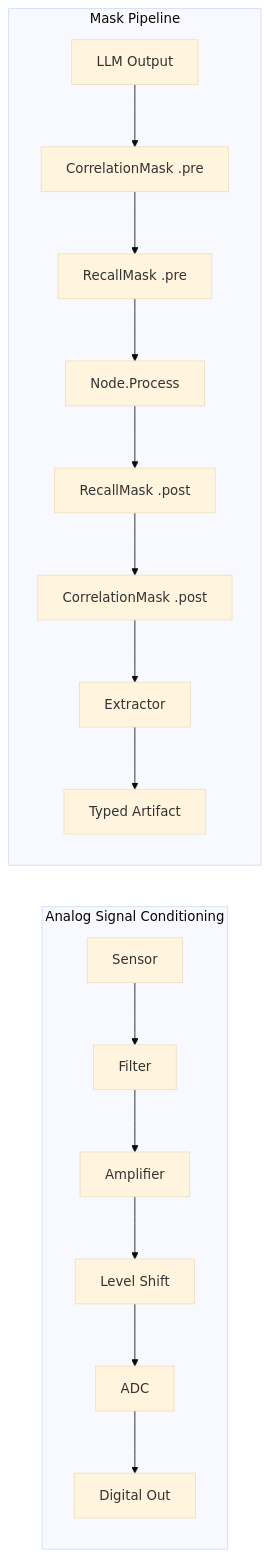
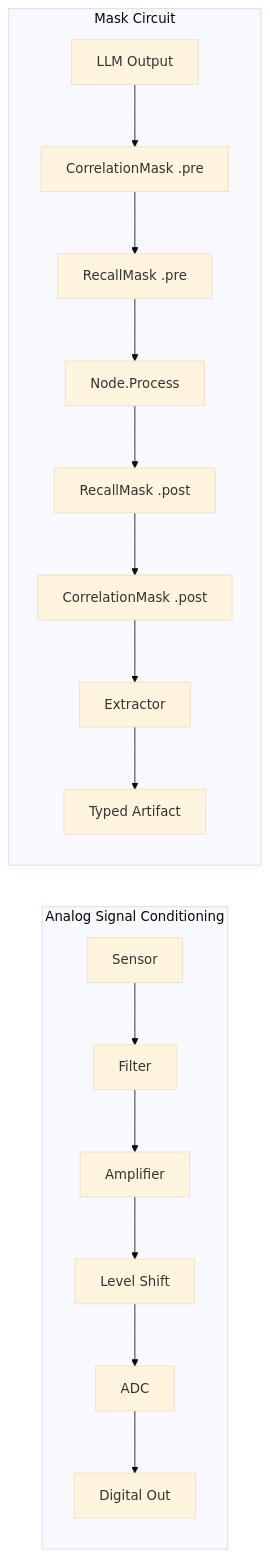
The tenth of 14 diagrams in .cursor/docs/case-studies/electronic-circuit-theory.md (dpopsuev/origami), drawn with Mermaid (base theme) before and after one commit. The commit also changed other lines of this file and 315 other files, not shown here.

````diff
--- a/.cursor/docs/case-studies/electronic-circuit-theory.md
+++ b/.cursor/docs/case-studies/electronic-circuit-theory.md
@@ -326,10 +326,10 @@
 ```mermaid
 flowchart LR
     subgraph circuit ["Analog Signal Conditioning"]
         sensor["Sensor"] --> lpf["Filter"] --> amp["Amplifier"] --> ls["Level Shift"] --> adc["ADC"] --> digital["Digital Out"]
     end
 
-    subgraph origami ["Mask Pipeline"]
+    subgraph origami ["Mask Circuit"]
         llmOut["LLM Output"] --> m1["CorrelationMask .pre"] --> m2["RecallMask .pre"] --> proc["Node.Process"] --> m2post["RecallMask .post"] --> m1post["CorrelationMask .post"] --> ext["Extractor"] --> typed["Typed Artifact"]
     end
 ```
````
